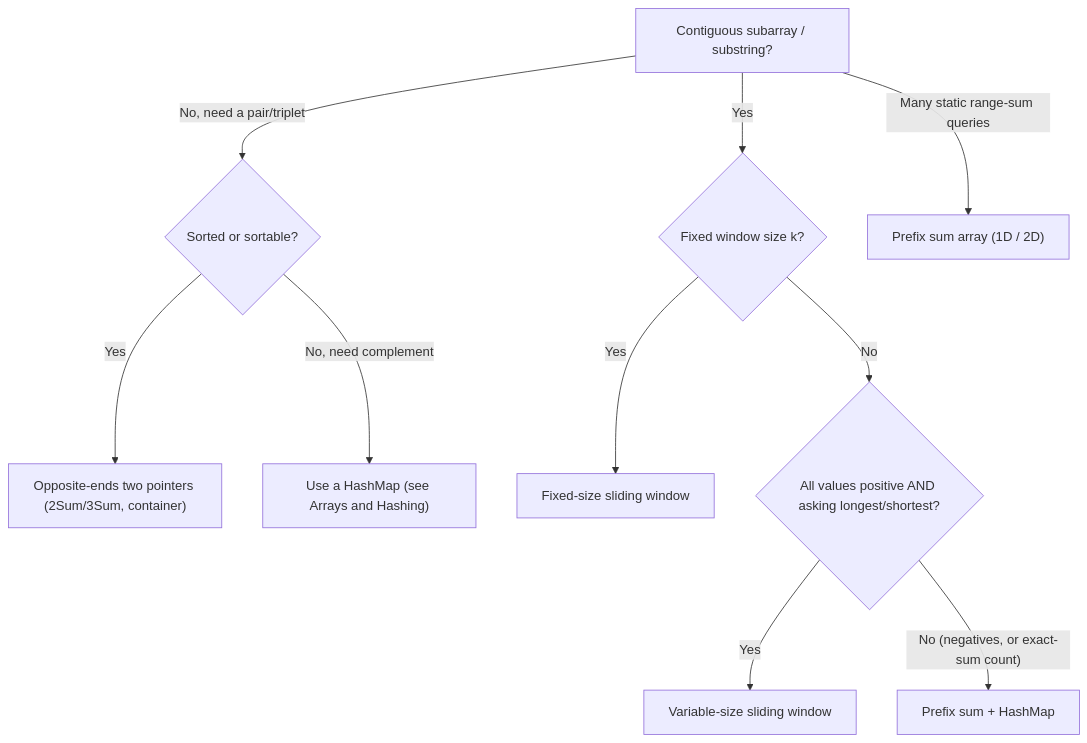
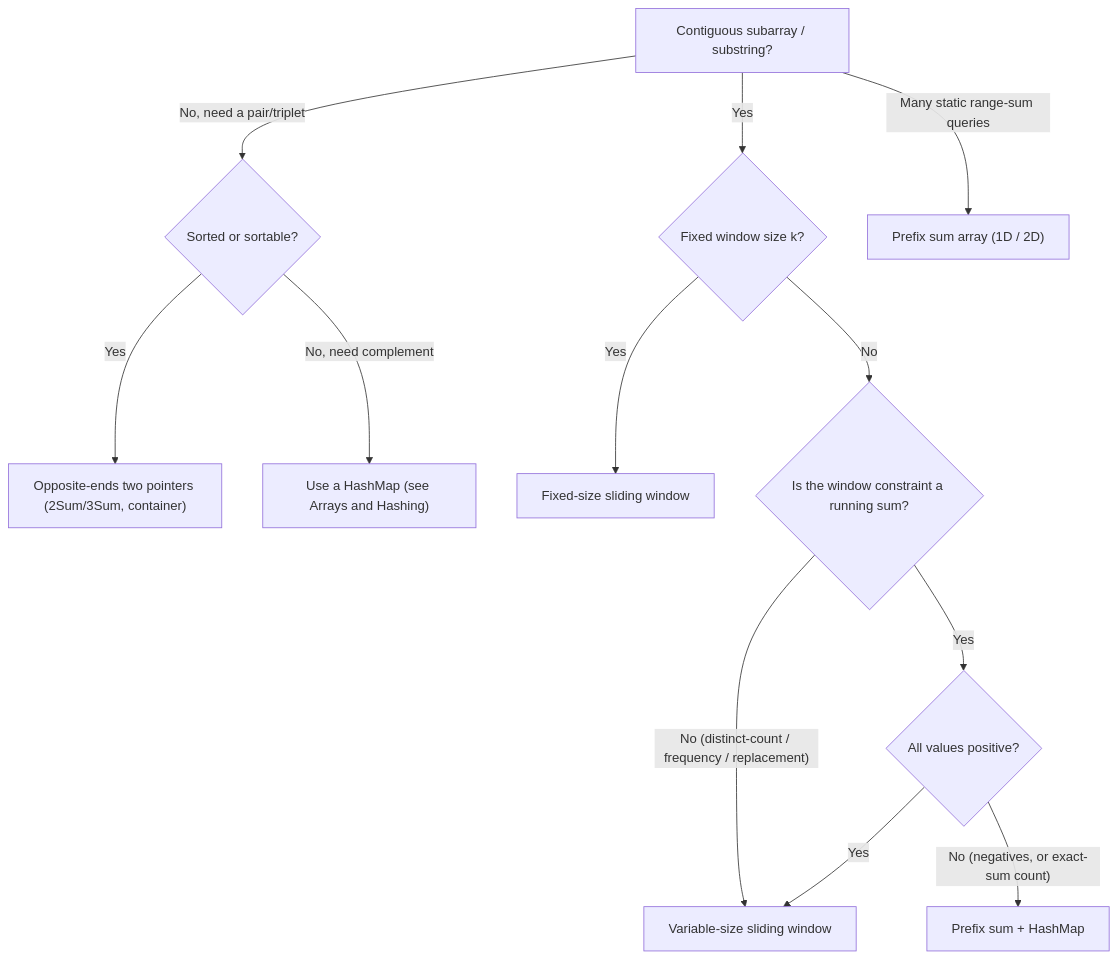
Before and after one commit to PaulSayantan/grokking-interview: the diagram in topics/dsa-coding/two-pointers-sliding-window/concepts.md, drawn with Mermaid. The commit also changed other lines of this file and 82 other files, not shown here.

````diff
--- a/topics/dsa-coding/two-pointers-sliding-window/concepts.md
+++ b/topics/dsa-coding/two-pointers-sliding-window/concepts.md
@@ -244,12 +244,14 @@
 ```mermaid
 flowchart TD
     A["Contiguous subarray / substring?"] -->|No, need a pair/triplet| B{Sorted or sortable?}
     B -->|Yes| C["Opposite-ends two pointers (2Sum/3Sum, container)"]
     B -->|No, need complement| D["Use a HashMap (see Arrays and Hashing)"]
     A -->|Yes| E{"Fixed window size k?"}
     E -->|Yes| F["Fixed-size sliding window"]
-    E -->|No| G{"All values positive AND asking longest/shortest?"}
-    G -->|Yes| H["Variable-size sliding window"]
-    G -->|"No (negatives, or exact-sum count)"| I["Prefix sum + HashMap"]
+    E -->|No| G{"Is the window constraint a running sum?"}
+    G -->|"No (distinct-count / frequency / replacement)"| H["Variable-size sliding window"]
+    G -->|Yes| K{"All values positive?"}
+    K -->|Yes| H
+    K -->|"No (negatives, or exact-sum count)"| I["Prefix sum + HashMap"]
     A -->|"Many static range-sum queries"| J["Prefix sum array (1D / 2D)"]
 ```
````
